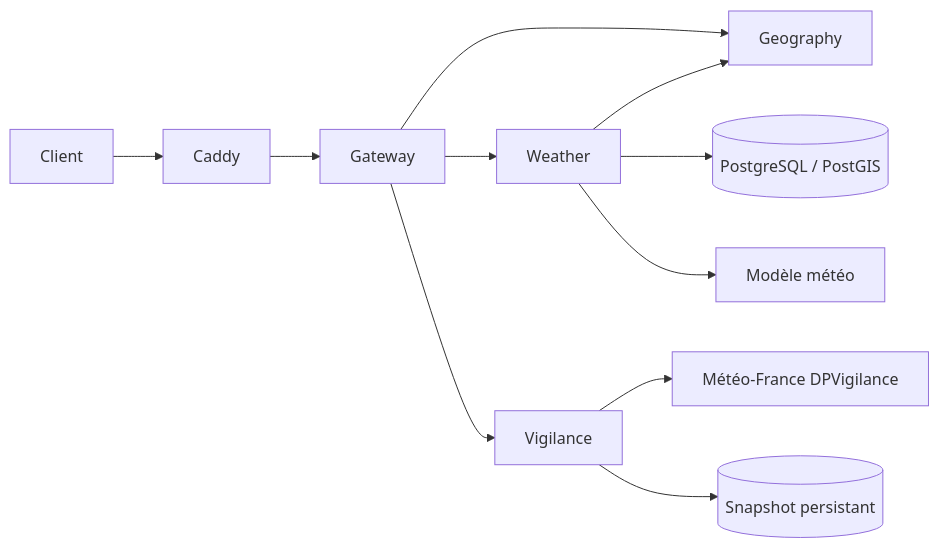
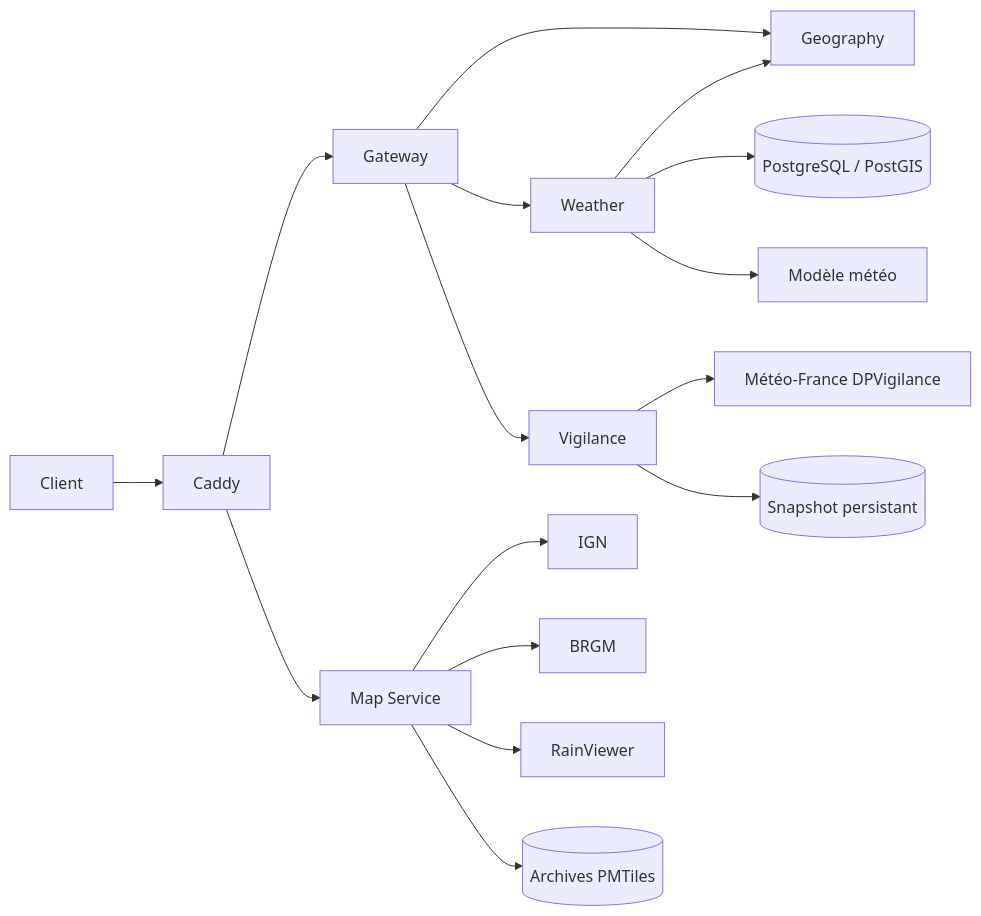
The diagram in doc/microservice/README.md (acastanet/opendataval), drawn with Mermaid before and after one commit. The commit also changed other lines of this file, not shown here.

Commit message:
docs(map): ajoute map-service à l’index

````diff
--- a/doc/microservice/README.md
+++ b/doc/microservice/README.md
@@ -19,13 +20,18 @@
 ```mermaid
 flowchart LR
   Client --> Caddy
   Caddy --> Gateway
+  Caddy --> Map[Map Service]
   Gateway --> Geography
   Gateway --> Weather
   Gateway --> Vigilance
   Weather --> Geography
   Weather --> PostgreSQL[(PostgreSQL / PostGIS)]
   Weather --> Modele[Modèle météo]
   Vigilance --> MF[Météo-France DPVigilance]
   Vigilance --> Snapshot[(Snapshot persistant)]
+  Map --> IGN[IGN]
+  Map --> BRGM[BRGM]
+  Map --> Radar[RainViewer]
+  Map --> Relief[(Archives PMTiles)]
 ```
````
